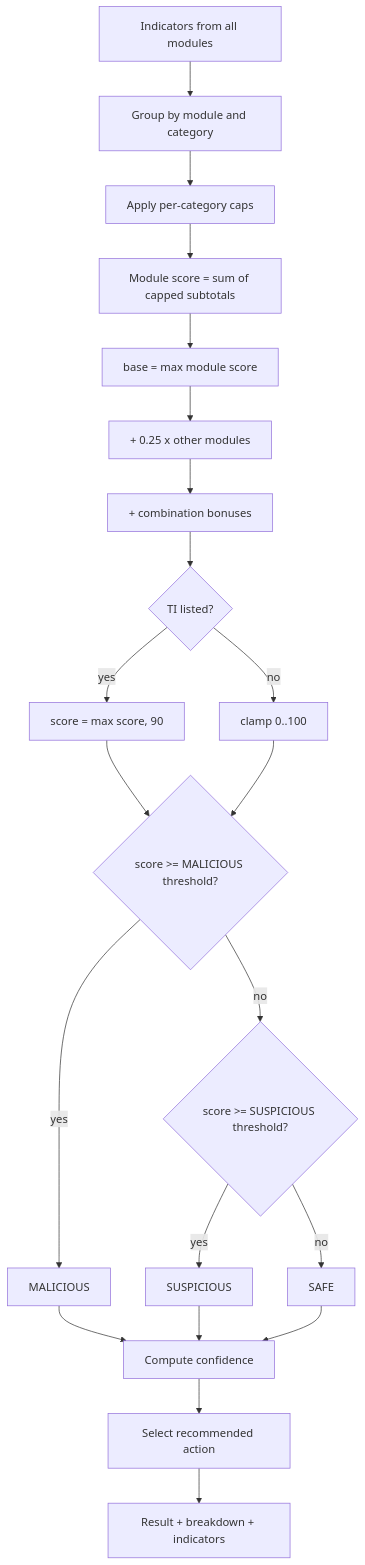
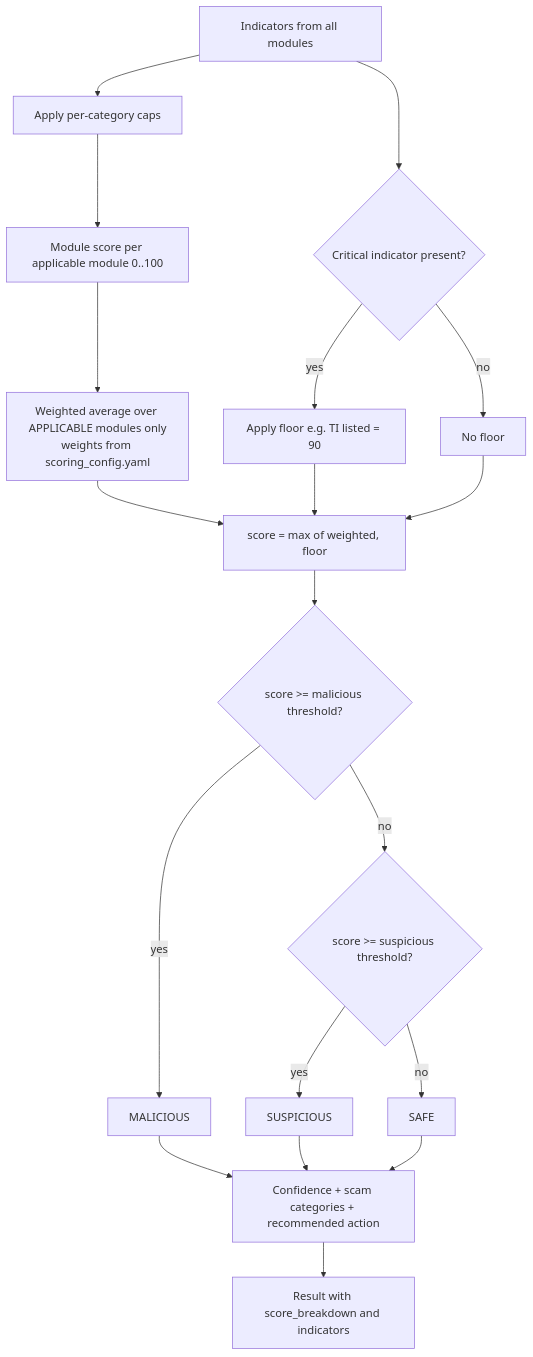
One commit to Spandan314/QRGUARD changed the diagram in docs/risk-scoring.md. Above: the diagram before and after it, drawn with Mermaid. The commit also changed other lines of this file and 48 other files, not shown here.

````diff
--- a/docs/risk-scoring.md
+++ b/docs/risk-scoring.md
@@ -165,21 +241,17 @@
 ```mermaid
 flowchart TD
-  A[Indicators from all modules] --> B[Group by module and category]
-  B --> C[Apply per-category caps]
-  C --> D[Module score = sum of capped subtotals]
-  D --> E[base = max module score]
-  E --> F[+ 0.25 x other modules]
-  F --> G[+ combination bonuses]
-  G --> H{TI listed?}
-  H -- yes --> I[score = max score, 90]
-  H -- no --> J[clamp 0..100]
-  I --> K
-  J --> K{score >= MALICIOUS threshold?}
+  A[Indicators from all modules] --> B[Apply per-category caps]
+  B --> C[Module score per applicable module 0..100]
+  C --> D[Weighted average over APPLICABLE modules only<br/>weights from scoring_config.yaml]
+  A --> F{Critical indicator present?}
+  F -- yes --> G[Apply floor e.g. TI listed = 90]
+  F -- no --> H[No floor]
+  D & G & H --> I[score = max of weighted, floor]
+  I --> K{score >= malicious threshold?}
   K -- yes --> M[MALICIOUS]
-  K -- no --> L{score >= SUSPICIOUS threshold?}
+  K -- no --> L{score >= suspicious threshold?}
   L -- yes --> S[SUSPICIOUS]
   L -- no --> SA[SAFE]
-  M & S & SA --> CF[Compute confidence]
-  CF --> RA[Select recommended action]
-  RA --> OUT[Result + breakdown + indicators]
+  M & S & SA --> CF[Confidence + scam categories + recommended action]
+  CF --> OUT[Result with score_breakdown and indicators]
 ```
````
